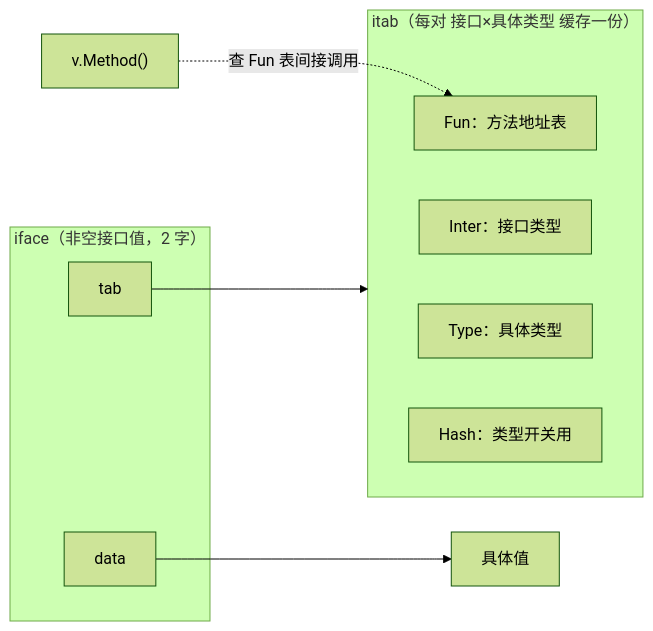
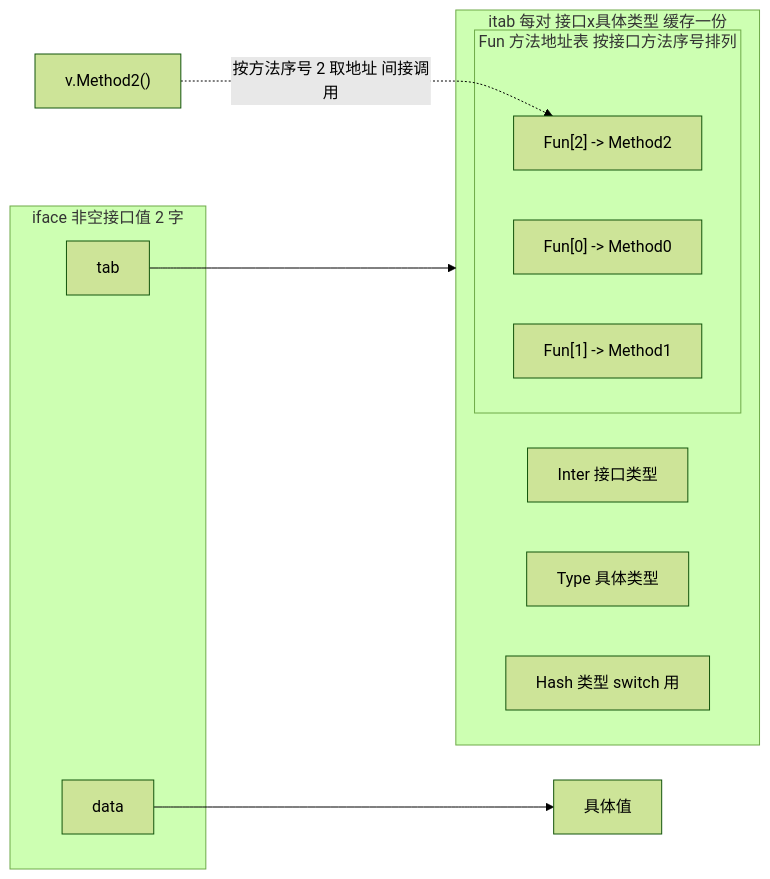
Before and after one commit to golang-design/under-the-hood: the diagram in book/zh-cn/part2lang/ch04type/interface.md, drawn with Mermaid (forest theme). The commit also changed other lines of this file and 4 other files, not shown here.

First line of the commit message:
book: re-deepen ch04 type system + ch05 data structures to calibration

````diff
--- a/book/zh-cn/part2lang/ch04type/interface.md
+++ b/book/zh-cn/part2lang/ch04type/interface.md
@@ -41,16 +82,20 @@
 ```mermaid
 flowchart LR
-    CALL["v.Method()"] -.->|查 Fun 表间接调用| F
-    subgraph IFACE["iface（非空接口值，2 字）"]
-      TAB[tab]
-      DATA[data]
+    CALL["v.Method2()"] -.->|按方法序号 2 取地址 间接调用| F2
+    subgraph IFACE["iface 非空接口值 2 字"]
+      TAB["tab"]
+      DATA["data"]
     end
-    subgraph ITAB["itab（每对 接口×具体类型 缓存一份）"]
-      I["Inter：接口类型"]
-      T["Type：具体类型"]
-      H["Hash：类型开关用"]
-      F["Fun：方法地址表"]
+    subgraph ITAB["itab 每对 接口x具体类型 缓存一份"]
+      I["Inter 接口类型"]
+      T["Type 具体类型"]
+      H["Hash 类型 switch 用"]
+      subgraph FUN["Fun 方法地址表 按接口方法序号排列"]
+        F0["Fun[0] -> Method0"]
+        F1["Fun[1] -> Method1"]
+        F2["Fun[2] -> Method2"]
+      end
     end
     TAB --> ITAB
     DATA --> OBJ["具体值"]
 ```
````
